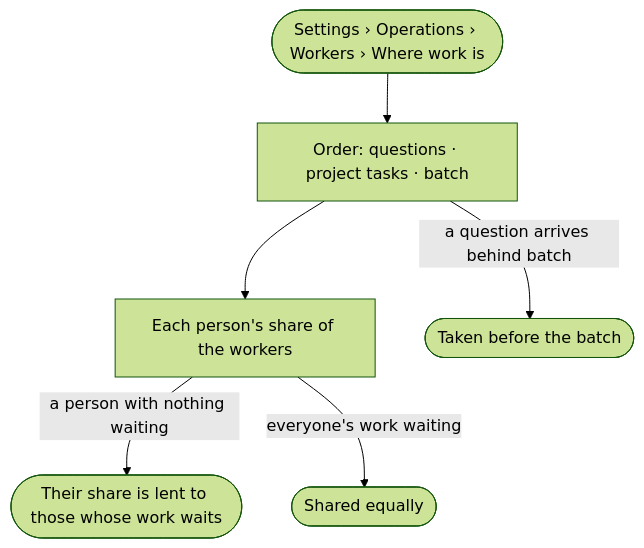
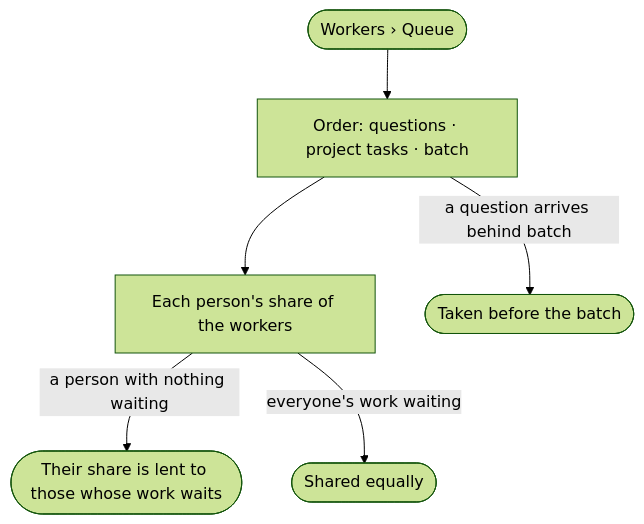
Before and after one commit to invana/invana: the diagram in specs/os/control/features/CP-F03-workers-and-the-queue/stories/CP-06-questions-go-before-batch-work/story.md, drawn with Mermaid (forest theme). The commit also changed 133 other files, not shown here.

````diff
--- a/specs/os/control/features/CP-F03-workers-and-the-queue/stories/CP-06-questions-go-before-batch-work/story.md
+++ b/specs/os/control/features/CP-F03-workers-and-the-queue/stories/CP-06-questions-go-before-batch-work/story.md
@@ -26,8 +26,8 @@
 ```mermaid
 flowchart TD
-  s([Settings › Operations › Workers › Where work is]) --> o["Order: questions · project tasks · batch"]
+  s([Workers › Queue]) --> o["Order: questions · project tasks · batch"]
   o --> g["Each person's share of the workers"]
   g -->|a person with nothing waiting| lend(["Their share is lent to those whose work waits"])
   g -->|everyone's work waiting| eq(["Shared equally"])
   o -->|a question arrives behind batch| first(["Taken before the batch"])
 ```
````
